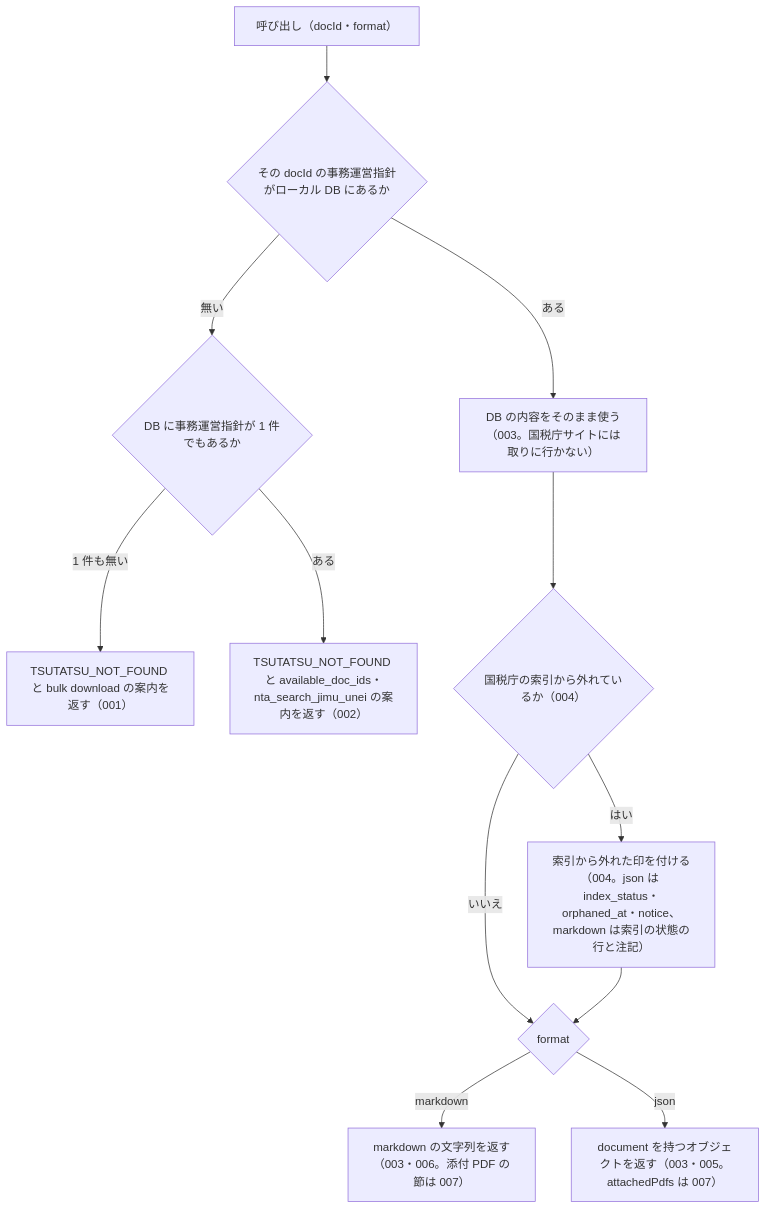
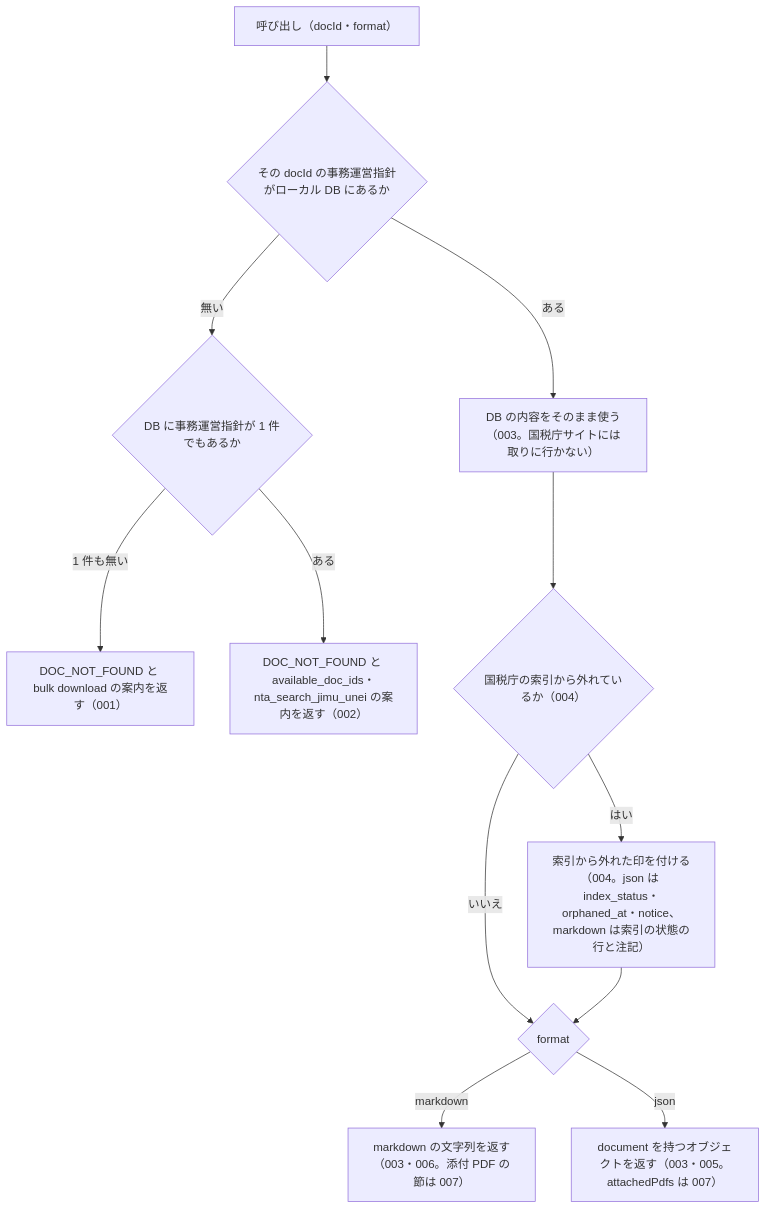
Before and after one commit to shuji-bonji/houki-nta-mcp: the diagram in specs/current/nta_get_jimu_unei/spec.md, drawn with Mermaid. The commit also changed other lines of this file and 21 other files, not shown here.

````diff
--- a/specs/current/nta_get_jimu_unei/spec.md
+++ b/specs/current/nta_get_jimu_unei/spec.md
@@ -28,14 +28,14 @@
 ```mermaid
 flowchart TD
   A["呼び出し（docId・format）"] --> B{"その docId の事務運営指針がローカル DB にあるか"}
   B -- 無い --> D{"DB に事務運営指針が 1 件でもあるか"}
-  D -- 1 件も無い --> E1["TSUTATSU_NOT_FOUND と bulk download の案内を返す（001）"]
-  D -- ある --> E2["TSUTATSU_NOT_FOUND と available_doc_ids・nta_search_jimu_unei の案内を返す（002）"]
+  D -- 1 件も無い --> E1["DOC_NOT_FOUND と bulk download の案内を返す（001）"]
+  D -- ある --> E2["DOC_NOT_FOUND と available_doc_ids・nta_search_jimu_unei の案内を返す（002）"]
   B -- ある --> C["DB の内容をそのまま使う（003。国税庁サイトには取りに行かない）"]
   C --> F{"国税庁の索引から外れているか（004）"}
   F -- はい --> G["索引から外れた印を付ける（004。json は index_status・orphaned_at・notice、markdown は索引の状態の行と注記）"]
   F -- いいえ --> H{"format"}
   G --> H
   H -- markdown --> I["markdown の文字列を返す（003・006。添付 PDF の節は 007）"]
   H -- json --> J["document を持つオブジェクトを返す（003・005。attachedPdfs は 007）"]
 ```
````
